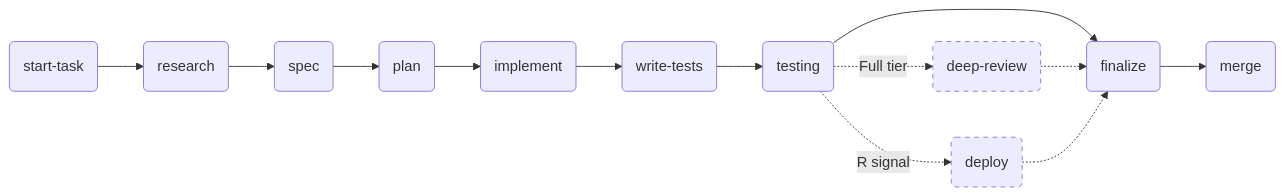
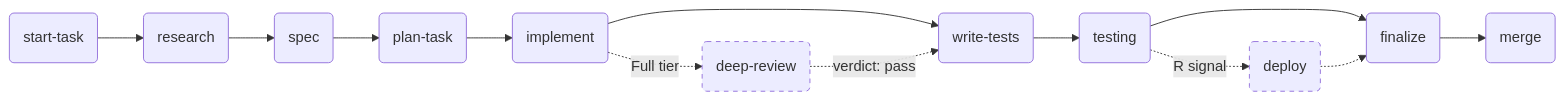
Before and after one commit to ipiton/solo-kanban-framework: the diagram in README.md, drawn with Mermaid. The commit also changed other lines of this file and 37 other files, not shown here.

````diff
--- a/README.md
+++ b/README.md
@@ -35,11 +36,11 @@
 ```mermaid
 flowchart LR
-    A(start-task) --> B(research) --> C(spec) --> D(plan)
+    A(start-task) --> B(research) --> C(spec) --> D(plan-task)
     D --> E(implement) --> F(write-tests) --> G(testing)
     G --> J(finalize) --> K(merge)
-    G -.->|Full tier| H(deep-review) -.-> J
+    E -.->|Full tier| H(deep-review) -.->|verdict: pass| F
     G -.->|R signal| I(deploy) -.-> J
 
     style H stroke-dasharray: 5 5
     style I stroke-dasharray: 5 5
 ```
````
